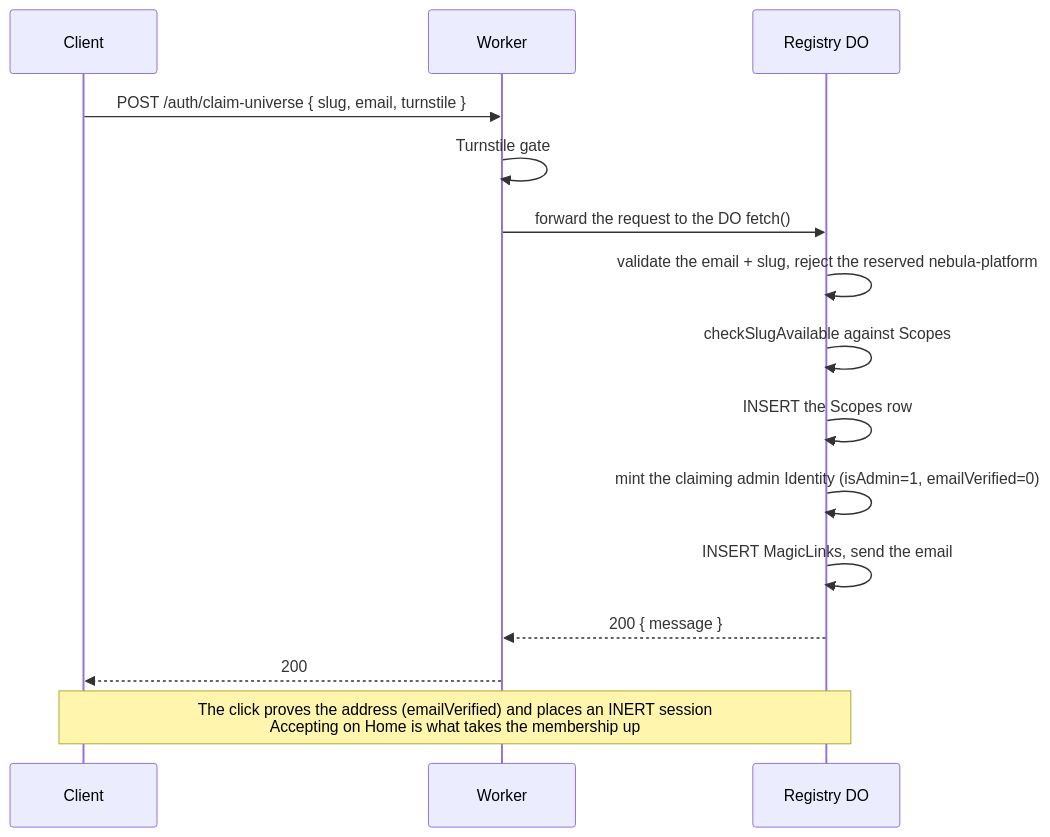
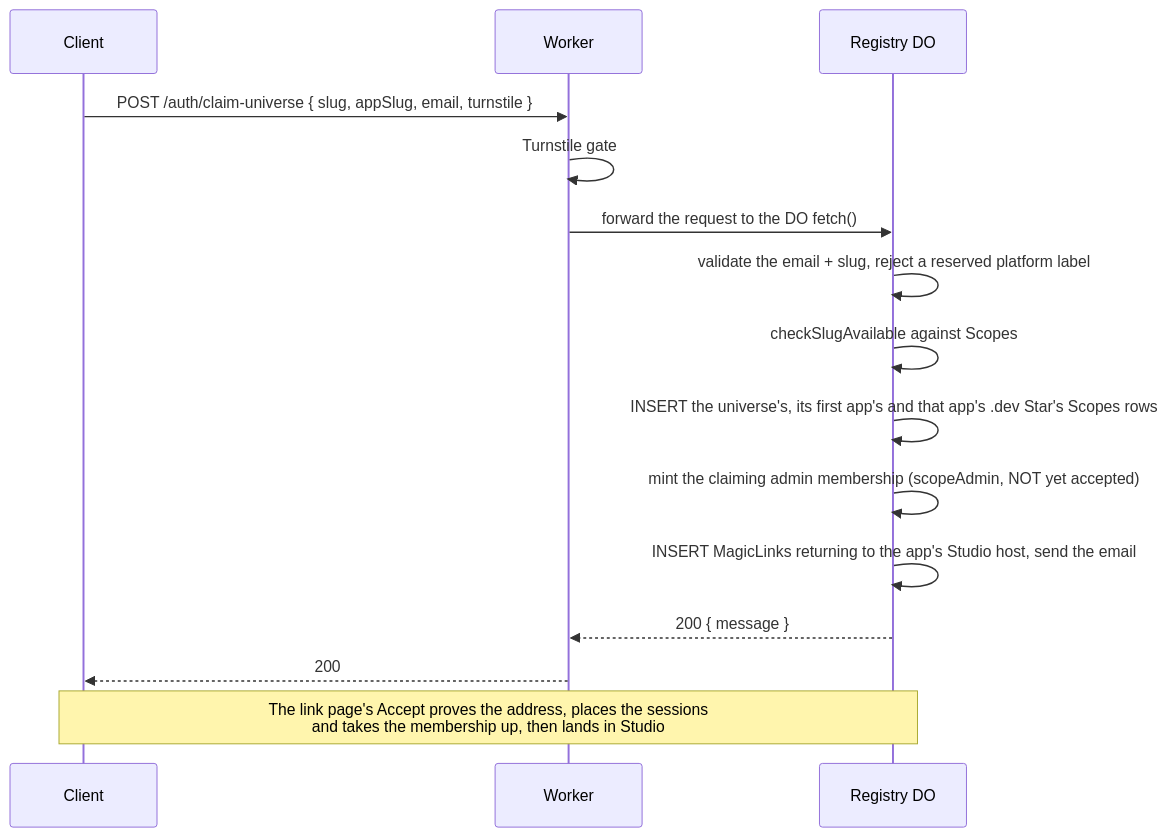
The fourth of 8 diagrams in packages/nebula-auth/README.md (lumenize/lumenize), drawn with Mermaid before and after one commit. The commit also changed other lines of this file and 324 other files, not shown here.

First line of the commit message:
feat(nebula): every scope on its own host, sessions on the platform host

````diff
--- a/packages/nebula-auth/README.md
+++ b/packages/nebula-auth/README.md
@@ -282,19 +282,19 @@
 ```mermaid
 sequenceDiagram
     participant C as Client
     participant W as Worker
     participant R as Registry DO
 
-    C->>W: POST /auth/claim-universe { slug, email, turnstile }
+    C->>W: POST /auth/claim-universe { slug, appSlug, email, turnstile }
     W->>W: Turnstile gate
     W->>R: forward the request to the DO fetch()
-    R->>R: validate the email + slug, reject the reserved nebula-platform
+    R->>R: validate the email + slug, reject a reserved platform label
     R->>R: checkSlugAvailable against Scopes
-    R->>R: INSERT the Scopes row
-    R->>R: mint the claiming admin Identity (isAdmin=1, emailVerified=0)
-    R->>R: INSERT MagicLinks, send the email
+    R->>R: INSERT the universe's, its first app's and that app's .dev Star's Scopes rows
+    R->>R: mint the claiming admin membership (scopeAdmin, NOT yet accepted)
+    R->>R: INSERT MagicLinks returning to the app's Studio host, send the email
     R-->>W: 200 { message }
     W-->>C: 200
 
-    Note over C,R: The click proves the address (emailVerified) and places an INERT session<br/>Accepting on Home is what takes the membership up
+    Note over C,R: The link page's Accept proves the address, places the sessions<br/>and takes the membership up, then lands in Studio
 ```
````
